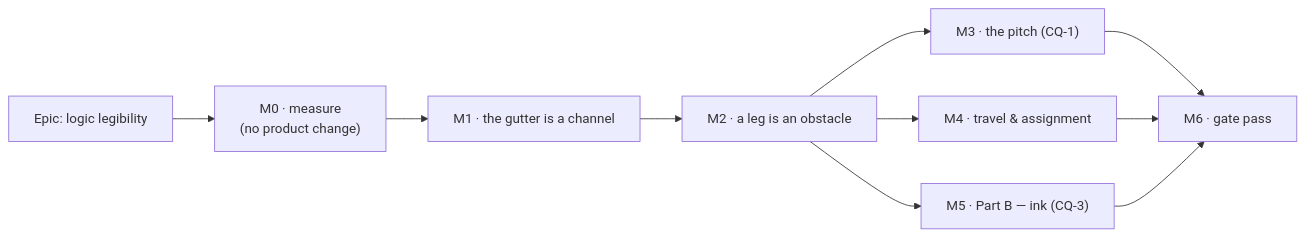
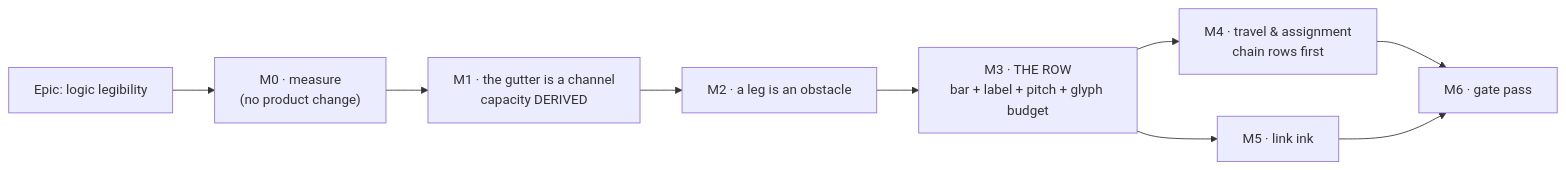
The diagram in docs/specs/logic-legibility/implementation-plan.md (HuttonHomeHub/SchedulePoint_1), drawn with Mermaid before and after one commit. The commit also changed other lines of this file and 2 other files, not shown here.

````diff
--- a/docs/specs/logic-legibility/implementation-plan.md
+++ b/docs/specs/logic-legibility/implementation-plan.md
@@ -13,12 +17,11 @@
 ```mermaid
 flowchart LR
   E["Epic: logic legibility"] --> M0["M0 · measure<br/>(no product change)"]
-  M0 --> M1["M1 · the gutter is a channel"]
+  M0 --> M1["M1 · the gutter is a channel<br/>capacity DERIVED"]
   M1 --> M2["M2 · a leg is an obstacle"]
-  M2 --> M3["M3 · the pitch (CQ-1)"]
-  M2 --> M4["M4 · travel & assignment"]
-  M2 --> M5["M5 · Part B — ink (CQ-3)"]
-  M3 --> M6["M6 · gate pass"]
-  M4 --> M6
+  M2 --> M3["M3 · THE ROW<br/>bar + label + pitch + glyph budget"]
+  M3 --> M4["M4 · travel &amp; assignment<br/>chain rows first"]
+  M3 --> M5["M5 · link ink"]
+  M4 --> M6["M6 · gate pass"]
   M5 --> M6
 ```
````
